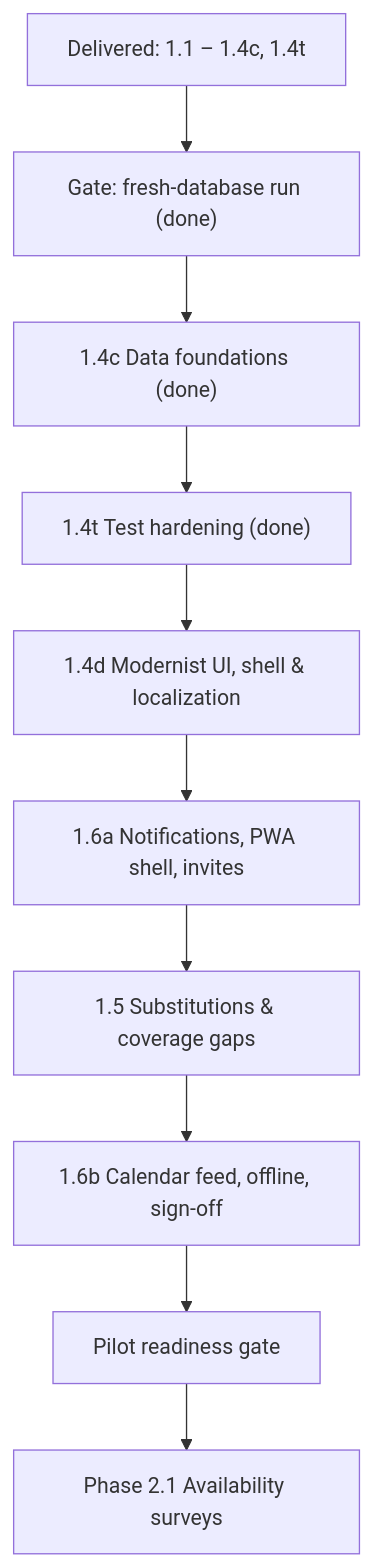
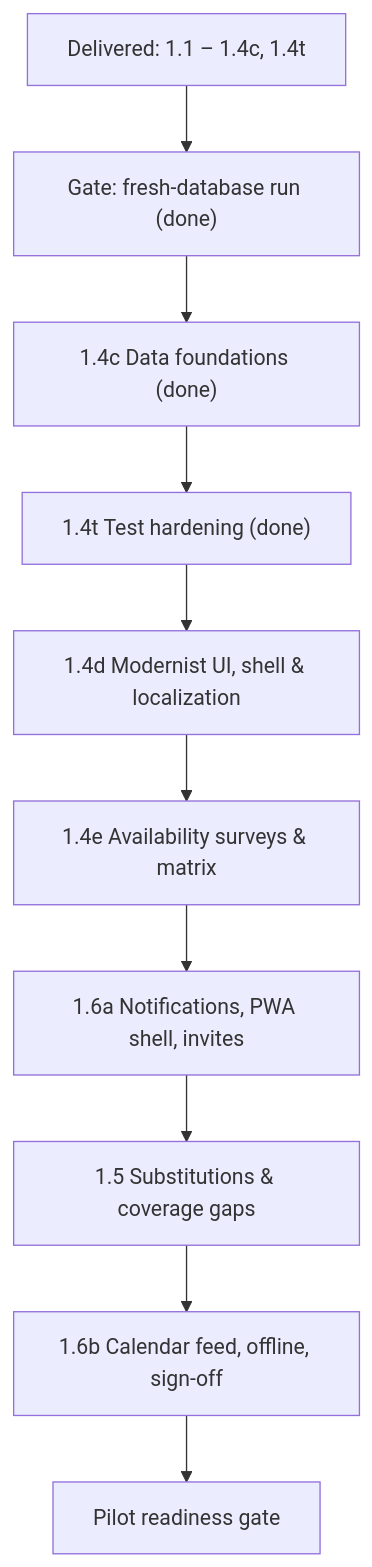
Before and after one commit to pratyuksh/pocket-coach: the diagram in pocket-coach-wiki/wiki/codebase/implementation-plan.md, drawn with Mermaid. The commit also changed other lines of this file and 2 other files, not shown here.

Commit message:
~ docs: move availability surveys into Phase 1 as Sub-Phase 1.4

````diff
--- a/pocket-coach-wiki/wiki/codebase/implementation-plan.md
+++ b/pocket-coach-wiki/wiki/codebase/implementation-plan.md
@@ -46,12 +47,12 @@
 ```mermaid
 flowchart TD
     DONE["Delivered: 1.1 – 1.4c, 1.4t"] --> G["Gate: fresh-database run (done)"]
     G --> S14C["1.4c Data foundations (done)"]
     S14C --> S14T["1.4t Test hardening (done)"]
     S14T --> S14D["1.4d Modernist UI, shell & localization"]
-    S14D --> S16A["1.6a Notifications, PWA shell, invites"]
+    S14D --> S14E["1.4e Availability surveys & matrix"]
+    S14E --> S16A["1.6a Notifications, PWA shell, invites"]
     S16A --> S15["1.5 Substitutions & coverage gaps"]
     S15 --> S16B["1.6b Calendar feed, offline, sign-off"]
     S16B --> PILOT["Pilot readiness gate"]
-    PILOT --> P2["Phase 2.1 Availability surveys"]
 ```
````
